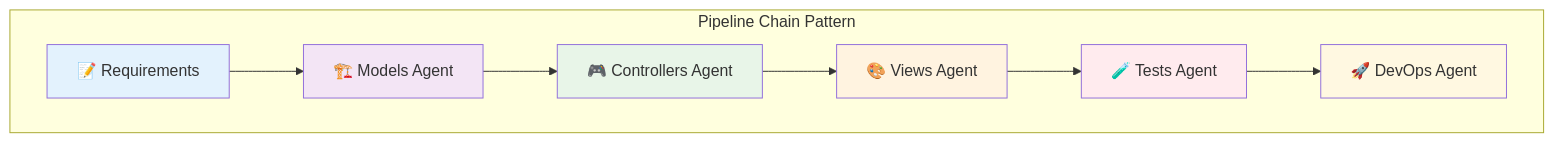
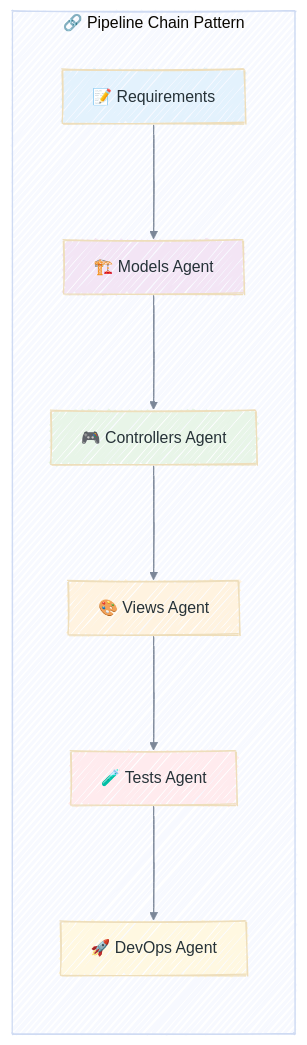
Before and after one commit to enogrob/enogrob.github.io: the fourth of 16 diagrams in _posts/2025-06-29-claudeonrails-ai-powered-rails-development-swarm.md, drawn with Mermaid. The commit also changed other lines of this file and 12 other files, not shown here.

````diff
--- a/_posts/2025-06-29-claudeonrails-ai-powered-rails-development-swarm.md
+++ b/_posts/2025-06-29-claudeonrails-ai-powered-rails-development-swarm.md
@@ -162,17 +165,18 @@
 ```mermaid!
-graph 
-    subgraph "Pipeline Chain Pattern"
+%%{init: {"theme": "base", "look": "handDrawn", "themeVariables": {"fontFamily": "ui-sans-serif, system-ui, sans-serif", "lineColor": "#7c8798", "primaryTextColor": "#263238"}, "flowchart": {"nodeSpacing": 55, "rankSpacing": 90}}}%%
+flowchart LR
+    subgraph Pipeline["🔗 Pipeline Chain Pattern"]
         A["📝 Requirements"] --> B["🏗️ Models Agent"]
         B --> C["🎮 Controllers Agent"]
         C --> D["🎨 Views Agent"]
         D --> E["🧪 Tests Agent"]
         E --> F["🚀 DevOps Agent"]
     end
     
     style A fill:#e3f2fd
     style B fill:#f3e5f5
     style C fill:#e8f5e8
     style D fill:#fff3e0
     style E fill:#ffebee
     style F fill:#fff8e1
 ```
````
